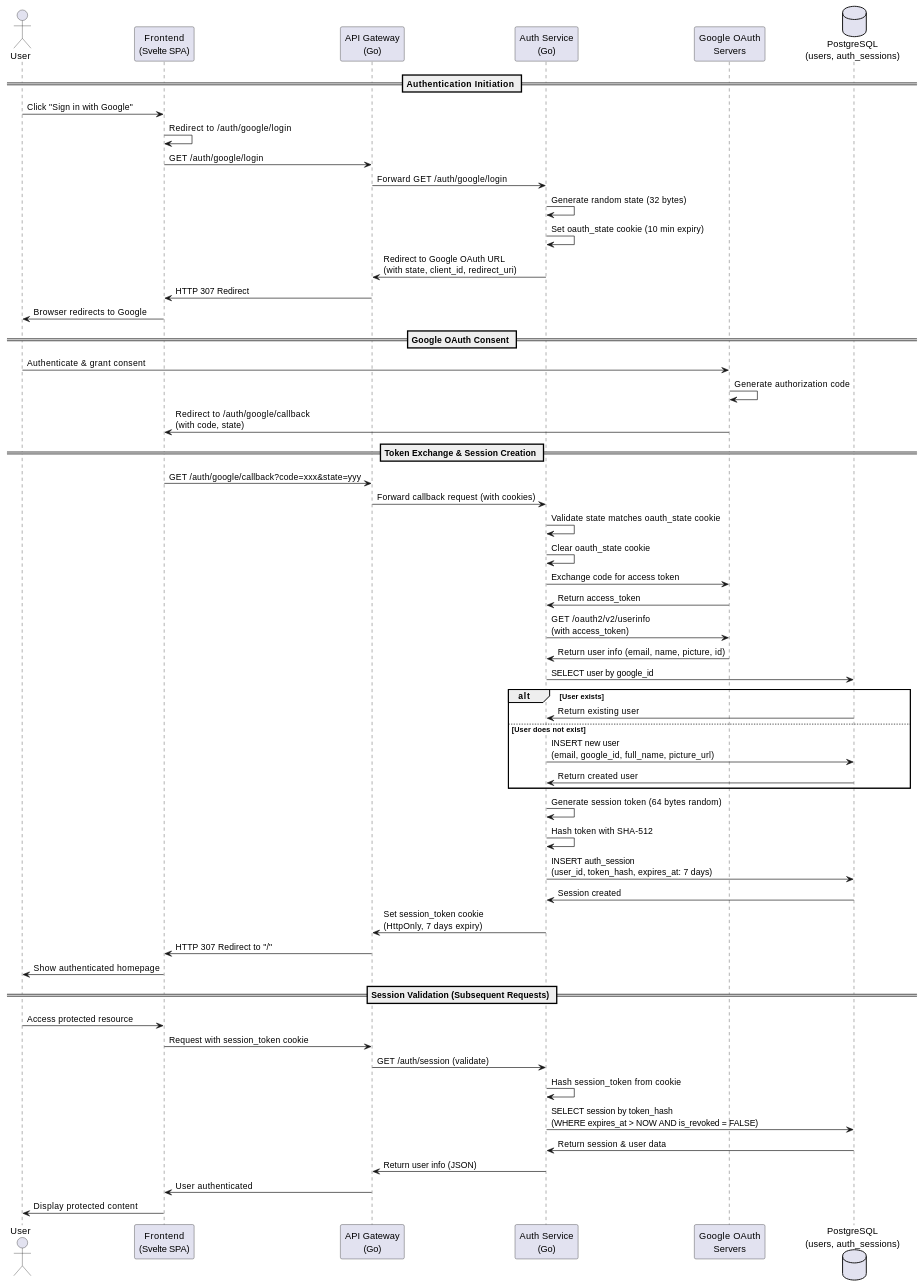
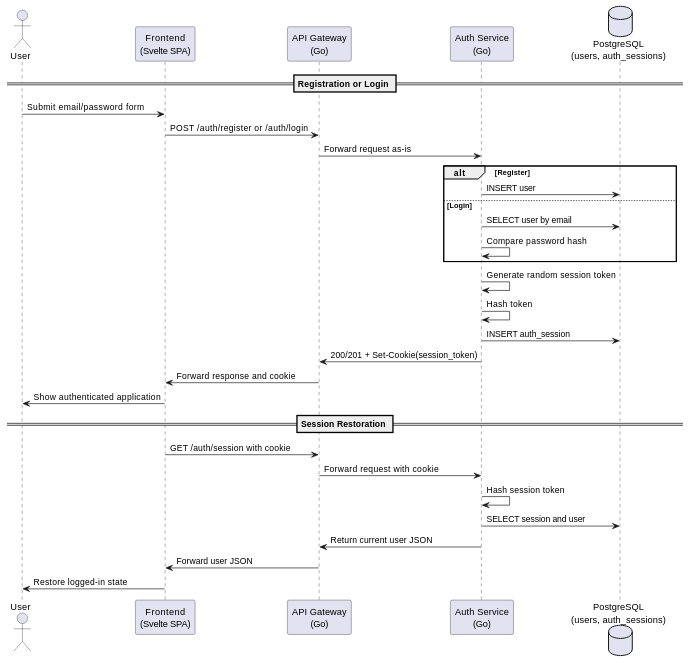
Before and after one commit to piotrek1459/DiabRisk: the first of 2 diagrams in docs/design/interaction_diagrams.md, drawn with PlantUML. The commit also changed other lines of this file and 20 other files, not shown here.

````diff
--- a/docs/design/interaction_diagrams.md
+++ b/docs/design/interaction_diagrams.md
@@ -13,68 +20,38 @@
 ```plantuml
 @startuml
 actor User
 participant "Frontend\n(Svelte SPA)" as Frontend
 participant "API Gateway\n(Go)" as Gateway
 participant "Auth Service\n(Go)" as AuthSvc
-participant "Google OAuth\nServers" as Google
 database "PostgreSQL\n(users, auth_sessions)" as DB
 
-== Authentication Initiation ==
-User -> Frontend: Click "Sign in with Google"
-Frontend -> Frontend: Redirect to /auth/google/login
+== Registration or Login ==
+User -> Frontend: Submit email/password form
+Frontend -> Gateway: POST /auth/register or /auth/login
+Gateway -> AuthSvc: Forward request as-is
 
-Frontend -> Gateway: GET /auth/google/login
-Gateway -> AuthSvc: Forward GET /auth/google/login
-AuthSvc -> AuthSvc: Generate random state (32 bytes)
-AuthSvc -> AuthSvc: Set oauth_state cookie (10 min expiry)
-AuthSvc -> Gateway: Redirect to Google OAuth URL\n(with state, client_id, redirect_uri)
-Gateway -> Frontend: HTTP 307 Redirect
-Frontend -> User: Browser redirects to Google
-
-== Google OAuth Consent ==
-User -> Google: Authenticate & grant consent
-Google -> Google: Generate authorization code
-Google -> Frontend: Redirect to /auth/google/callback\n(with code, state)
-
-== Token Exchange & Session Creation ==
-Frontend -> Gateway: GET /auth/google/callback?code=xxx&state=yyy
-Gateway -> AuthSvc: Forward callback request (with cookies)
-AuthSvc -> AuthSvc: Validate state matches oauth_state cookie
-AuthSvc -> AuthSvc: Clear oauth_state cookie
-
-AuthSvc -> Google: Exchange code for access token
-Google -> AuthSvc: Return access_token
-
-AuthSvc -> Google: GET /oauth2/v2/userinfo\n(with access_token)
-Google -> AuthSvc: Return user info (email, name, picture, id)
-
-AuthSvc -> DB: SELECT user by google_id
-alt User exists
-    DB -> AuthSvc: Return existing user
-else User does not exist
-    AuthSvc -> DB: INSERT new user\n(email, google_id, full_name, picture_url)
-    DB -> AuthSvc: Return created user
+alt Register
+    AuthSvc -> DB: INSERT user
+else Login
+    AuthSvc -> DB: SELECT user by email
+    AuthSvc -> AuthSvc: Compare password hash
 end
 
-AuthSvc -> AuthSvc: Generate session token (64 bytes random)
-AuthSvc -> AuthSvc: Hash token with SHA-512
-AuthSvc -> DB: INSERT auth_session\n(user_id, token_hash, expires_at: 7 days)
-DB -> AuthSvc: Session created
+AuthSvc -> AuthSvc: Generate random session token
+AuthSvc -> AuthSvc: Hash token
+AuthSvc -> DB: INSERT auth_session
+AuthSvc -> Gateway: 200/201 + Set-Cookie(session_token)
+Gateway -> Frontend: Forward response and cookie
+Frontend -> User: Show authenticated application
 
-AuthSvc -> Gateway: Set session_token cookie\n(HttpOnly, 7 days expiry)
-Gateway -> Frontend: HTTP 307 Redirect to "/"
-Frontend -> User: Show authenticated homepage
-
-== Session Validation (Subsequent Requests) ==
-User -> Frontend: Access protected resource
-Frontend -> Gateway: Request with session_token cookie
-Gateway -> AuthSvc: GET /auth/session (validate)
-AuthSvc -> AuthSvc: Hash session_token from cookie
-AuthSvc -> DB: SELECT session by token_hash\n(WHERE expires_at > NOW AND is_revoked = FALSE)
-DB -> AuthSvc: Return session & user data
-AuthSvc -> Gateway: Return user info (JSON)
-Gateway -> Frontend: User authenticated
-Frontend -> User: Display protected content
+== Session Restoration ==
+Frontend -> Gateway: GET /auth/session with cookie
+Gateway -> AuthSvc: Forward request with cookie
+AuthSvc -> AuthSvc: Hash session token
+AuthSvc -> DB: SELECT session and user
+AuthSvc -> Gateway: Return current user JSON
+Gateway -> Frontend: Forward user JSON
+Frontend -> User: Restore logged-in state
 
 @enduml
 ```
````
